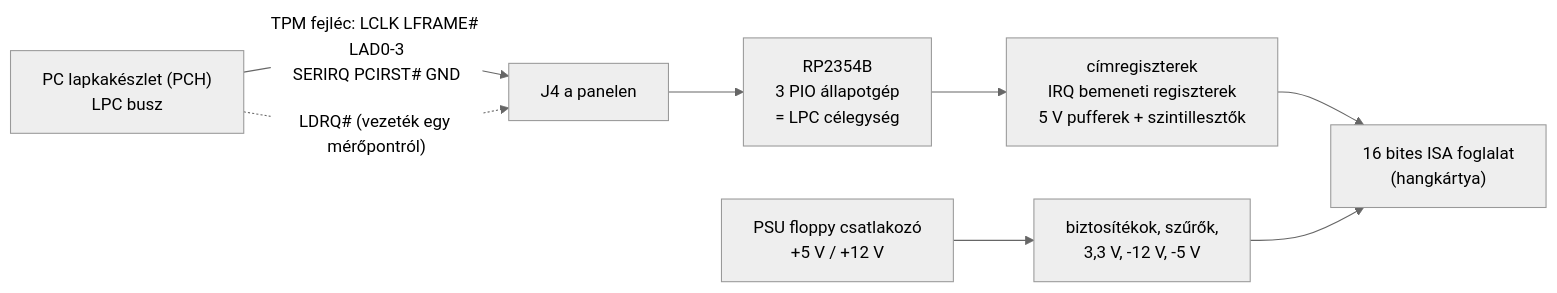
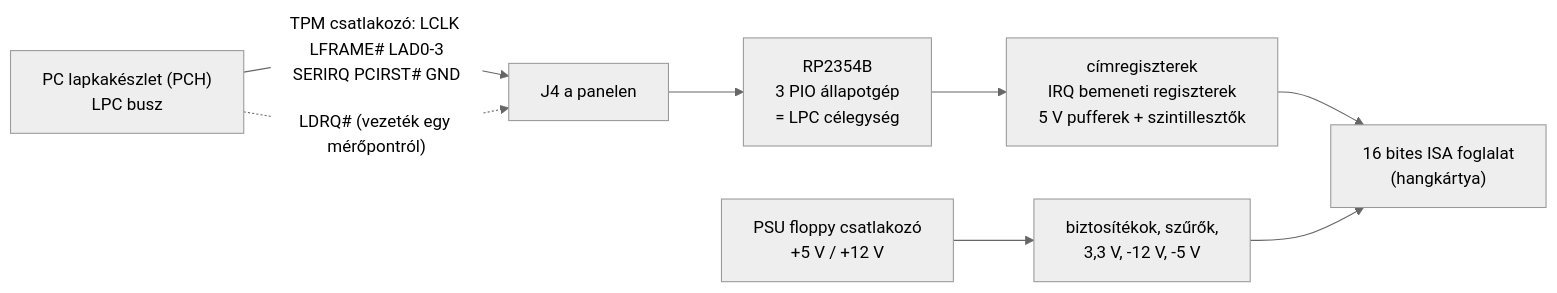
One commit to nakos937/isa-lpc-bridge changed the diagram in README.hu.md. Above: the diagram before and after it, drawn with Mermaid (neutral theme). The commit also changed other lines of this file, not shown here.

Commit message:
README.hu: csatlakozó instead of fejléc, host instead of gazdagép

````diff
--- a/README.hu.md
+++ b/README.hu.md
@@ -34,9 +34,9 @@
 ```mermaid
 flowchart LR
-  PCH["PC lapkakészlet (PCH)\nLPC busz"] -- "TPM fejléc: LCLK LFRAME# LAD0-3\nSERIRQ PCIRST# GND" --> J4["J4 a panelen"]
+  PCH["PC lapkakészlet (PCH)\nLPC busz"] -- "TPM csatlakozó: LCLK LFRAME# LAD0-3\nSERIRQ PCIRST# GND" --> J4["J4 a panelen"]
   PCH -. "LDRQ# (vezeték egy mérőpontról)" .-> J4
   J4 --> MCU["RP2354B\n3 PIO állapotgép\n= LPC célegység"]
   MCU --> ISA["címregiszterek\nIRQ bemeneti regiszterek\n5 V pufferek + szintillesztők"]
   ISA --> SLOT["16 bites ISA foglalat\n(hangkártya)"]
   PSU["PSU floppy csatlakozó\n+5 V / +12 V"] --> PWR["biztosítékok, szűrők,\n3,3 V, -12 V, -5 V"] --> SLOT
 ```
````
